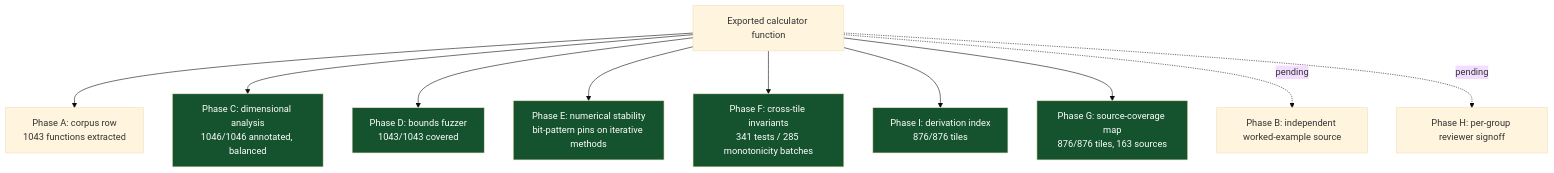
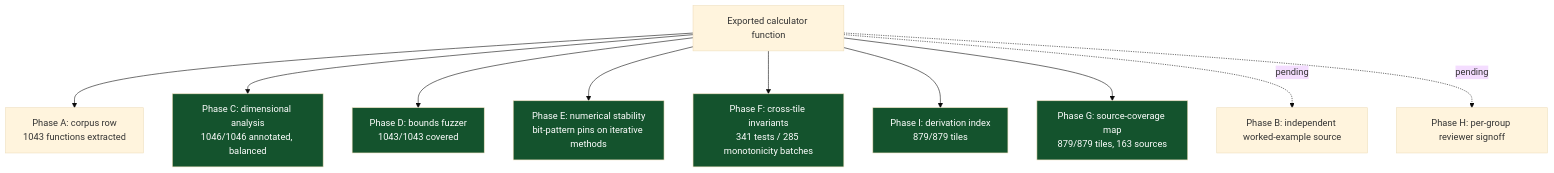
Before and after one commit to clay-good/roughlogic.com: the sixth of 8 diagrams in README.md, drawn with Mermaid (base theme). The commit also changed other lines of this file and 20 other files, not shown here.

````diff
--- a/README.md
+++ b/README.md
@@ -519,18 +519,18 @@
 ```mermaid
 flowchart TB
     F[Exported calculator function] --> A[Phase A: corpus row\n1043 functions extracted]
     F --> C[Phase C: dimensional analysis\n1046/1046 annotated, balanced]
     F --> D[Phase D: bounds fuzzer\n1043/1043 covered]
     F --> E[Phase E: numerical stability\nbit-pattern pins on iterative methods]
     F --> Fa[Phase F: cross-tile invariants\n341 tests / 285 monotonicity batches]
-    F --> I[Phase I: derivation index\n876/876 tiles]
-    F --> G[Phase G: source-coverage map\n876/876 tiles, 163 sources]
+    F --> I[Phase I: derivation index\n879/879 tiles]
+    F --> G[Phase G: source-coverage map\n879/879 tiles, 163 sources]
     F -.pending.-> B[Phase B: independent worked-example source]
     F -.pending.-> H[Phase H: per-group reviewer signoff]
     style C fill:#14532d,color:#fff
     style D fill:#14532d,color:#fff
     style E fill:#14532d,color:#fff
     style Fa fill:#14532d,color:#fff
     style G fill:#14532d,color:#fff
     style I fill:#14532d,color:#fff
 ```
````
